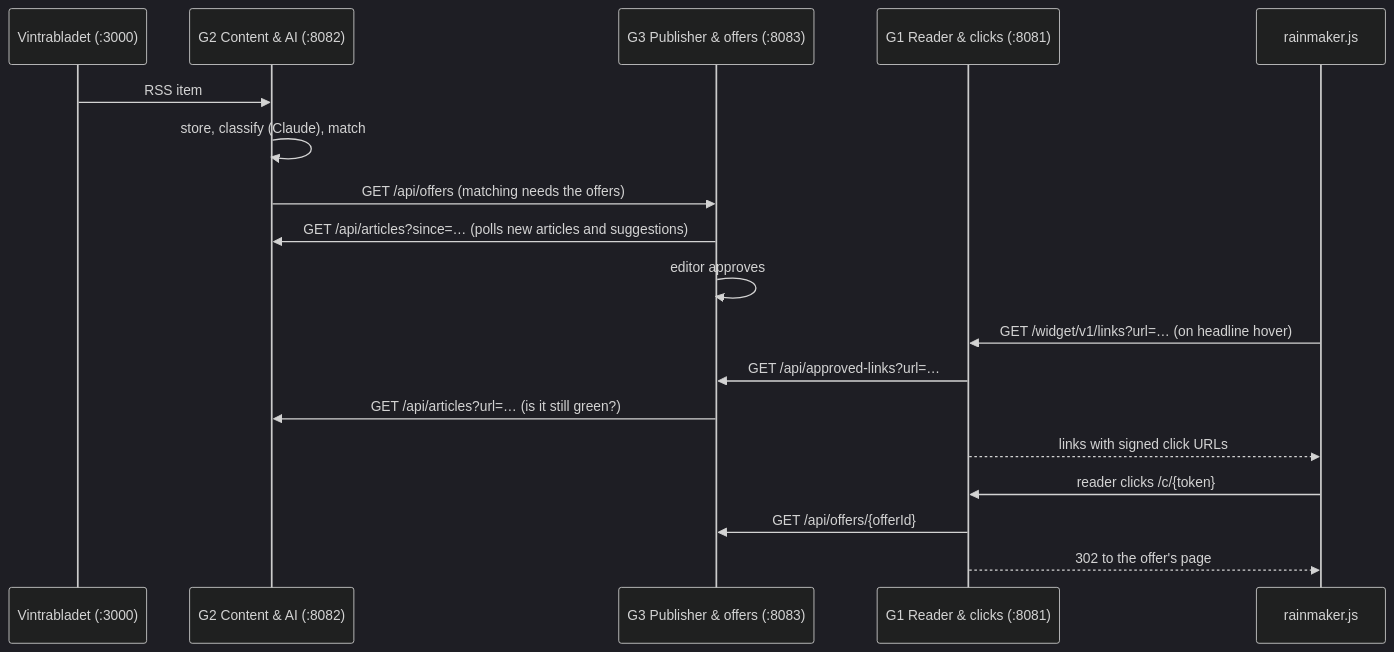
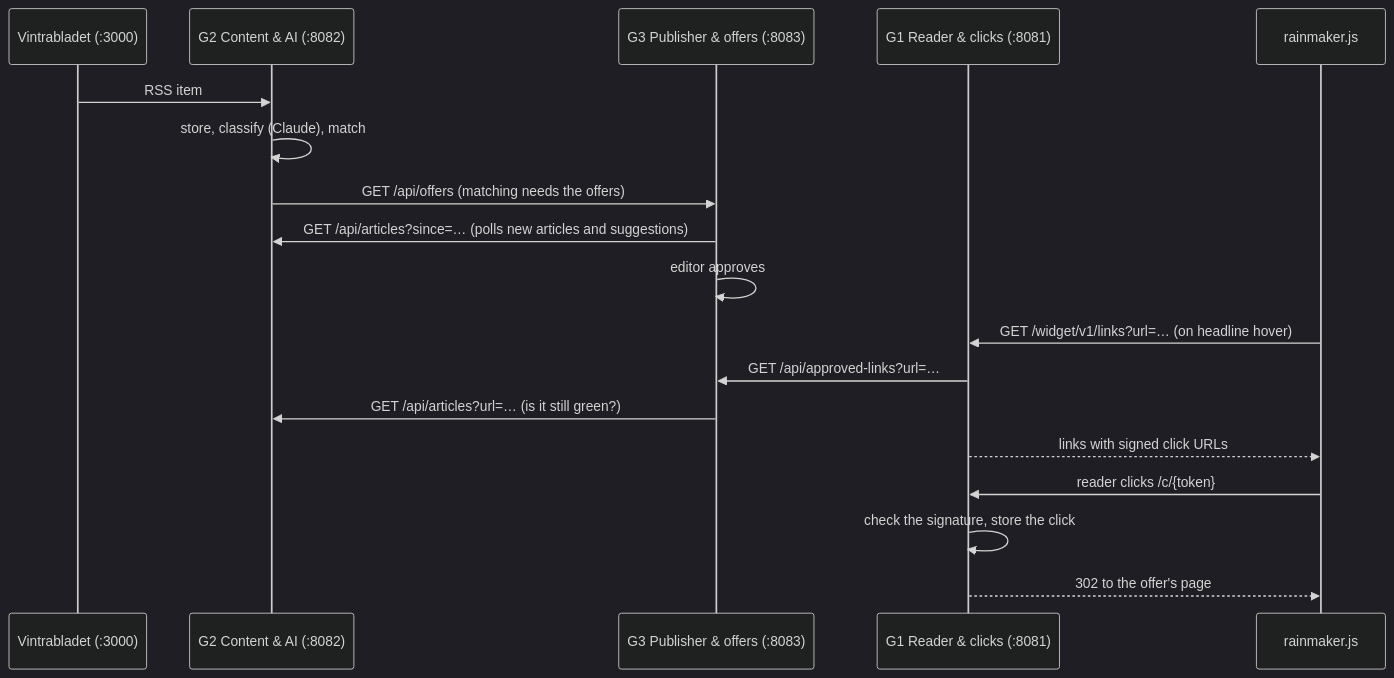
Before and after one commit to Greywolves-se/rainmaker: the diagram in docs/rainmaker/contract.md, drawn with Mermaid (dark theme). The commit also changed other lines of this file and 1 other file, not shown here.

````diff
--- a/docs/rainmaker/contract.md
+++ b/docs/rainmaker/contract.md
@@ -11,20 +11,20 @@
 ```mermaid
 sequenceDiagram
     participant Site as Vintrabladet (:3000)
     participant G2 as G2 Content & AI (:8082)
     participant G3 as G3 Publisher & offers (:8083)
     participant G1 as G1 Reader & clicks (:8081)
     participant JS as rainmaker.js
     Site->>G2: RSS item
     G2->>G2: store, classify (Claude), match
     G2->>G3: GET /api/offers (matching needs the offers)
     G3->>G2: GET /api/articles?since=… (polls new articles and suggestions)
     G3->>G3: editor approves
     JS->>G1: GET /widget/v1/links?url=… (on headline hover)
     G1->>G3: GET /api/approved-links?url=…
     G3->>G2: GET /api/articles?url=… (is it still green?)
     G1-->>JS: links with signed click URLs
     JS->>G1: reader clicks /c/{token}
-    G1->>G3: GET /api/offers/{offerId}
+    G1->>G1: check the signature, store the click
     G1-->>JS: 302 to the offer's page
 ```
````
